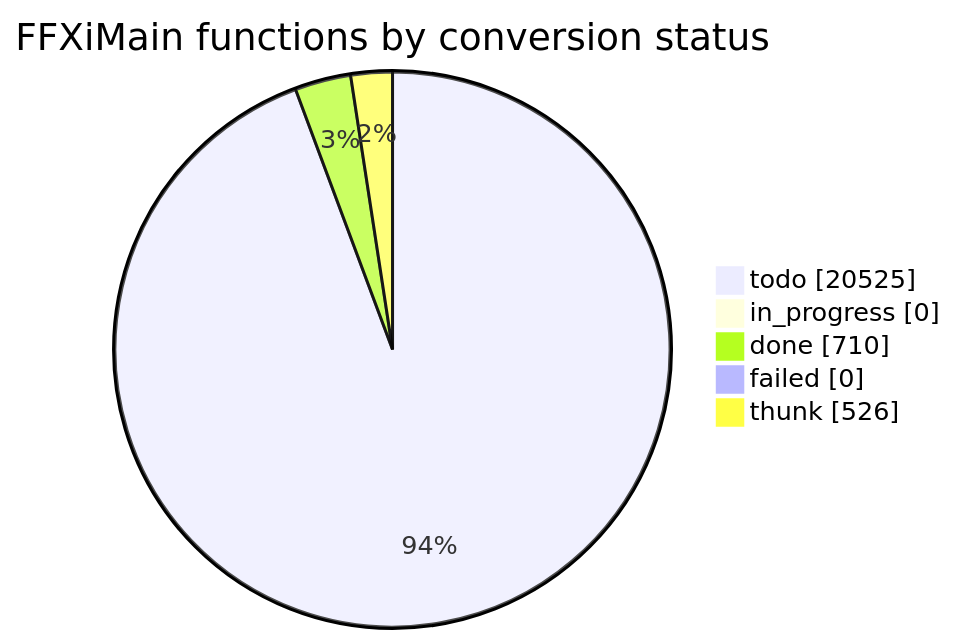
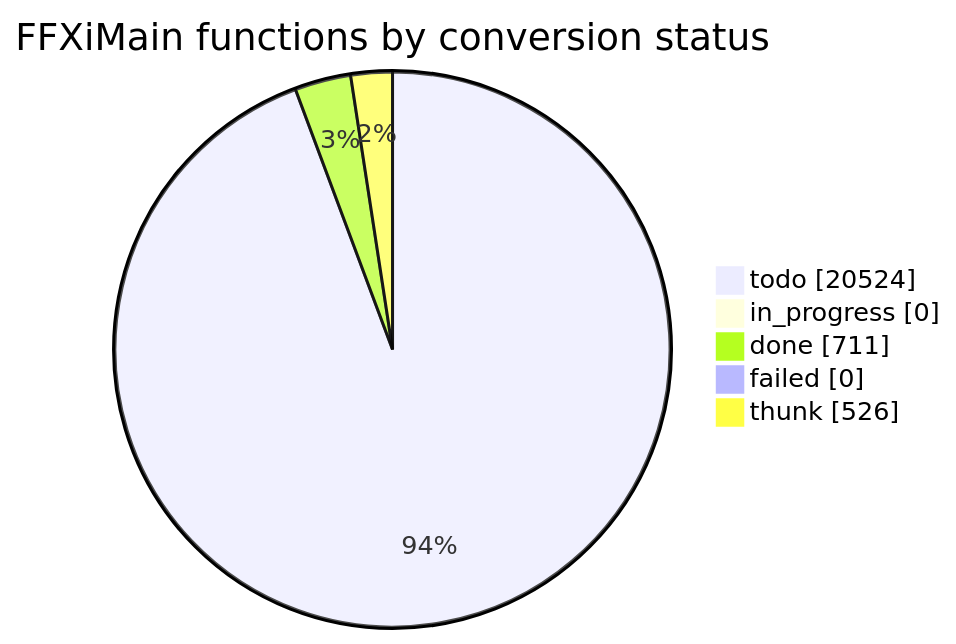
One commit to cowrevenge/cow_kuluu_xi_anything changed the diagram in docs/cow/STATUS.md. Above: the diagram before and after it, drawn with Mermaid. The commit also changed other lines of this file and 9 other files, not shown here.

````diff
--- a/docs/cow/STATUS.md
+++ b/docs/cow/STATUS.md
@@ -18,9 +18,9 @@
 ```mermaid
 pie showData
     title FFXiMain functions by conversion status
-    "todo" : 20525
+    "todo" : 20524
     "in_progress" : 0
-    "done" : 710
+    "done" : 711
     "failed" : 0
     "thunk" : 526
 ```
````
